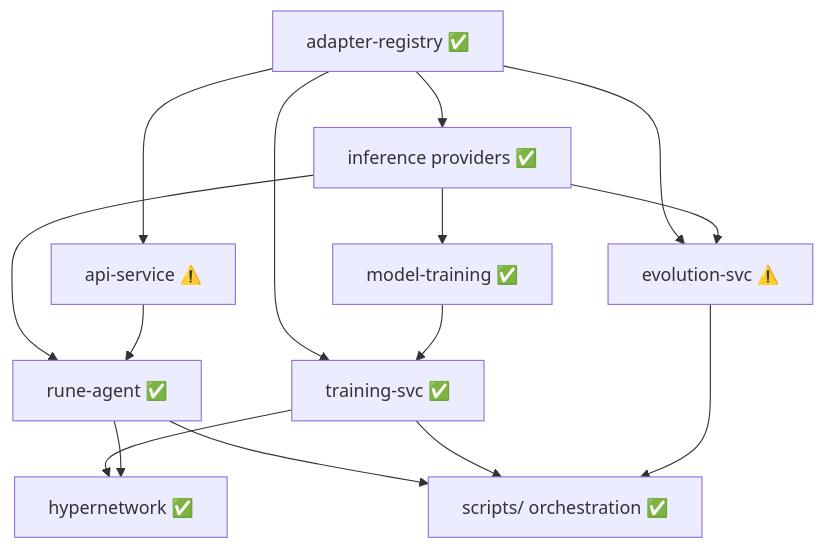
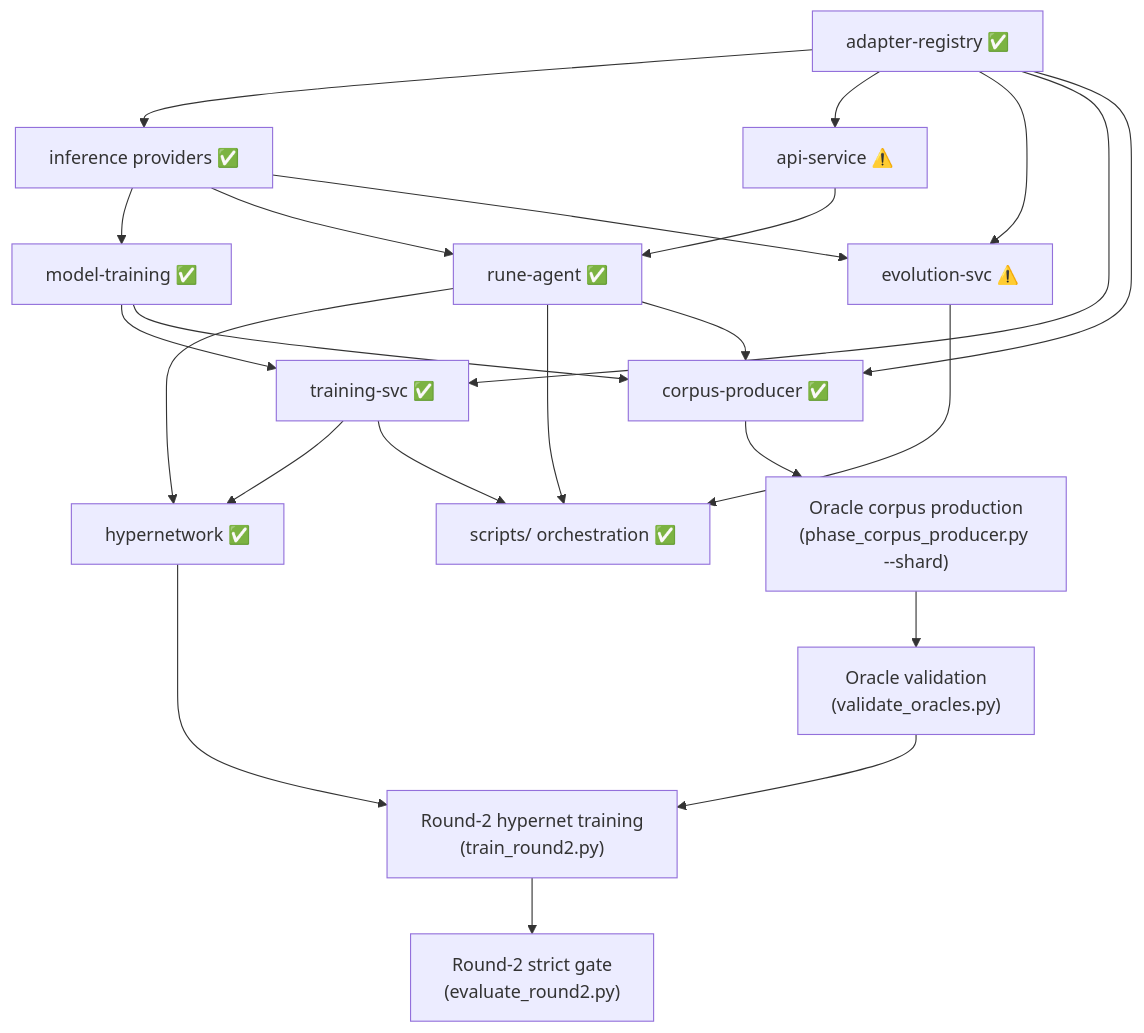
Before and after one commit to ElixirTrials/rune: the diagram in docs/appendices/build-order.md, drawn with Mermaid. The commit also changed other lines of this file and 24 other files, not shown here.

First line of the commit message:
docs: sync docs for PR #28 training upgrade + round-2 distillation

````diff
--- a/docs/appendices/build-order.md
+++ b/docs/appendices/build-order.md
@@ -19,17 +24,25 @@
 ```mermaid
 flowchart TD
     adapter_registry["adapter-registry ✅"] --> inference_providers["inference providers ✅"]
     adapter_registry --> api_service["api-service ⚠️"]
     inference_providers --> model_training["model-training ✅"]
     inference_providers --> rune_agent["rune-agent ✅"]
     api_service --> rune_agent
     adapter_registry --> evolution_svc["evolution-svc ⚠️"]
     inference_providers --> evolution_svc
     adapter_registry --> training_svc["training-svc ✅"]
     model_training --> training_svc
     training_svc --> hypernetwork["hypernetwork ✅"]
     rune_agent --> hypernetwork
     rune_agent --> scripts["scripts/ orchestration ✅"]
     training_svc --> scripts
     evolution_svc --> scripts
+    model_training --> corpus_producer["corpus-producer ✅"]
+    rune_agent --> corpus_producer
+    adapter_registry --> corpus_producer
+    corpus_producer --> oracle_production["Oracle corpus production<br/>(phase_corpus_producer.py --shard)"]
+    oracle_production --> oracle_validation["Oracle validation<br/>(validate_oracles.py)"]
+    oracle_validation --> round2_training["Round-2 hypernet training<br/>(train_round2.py)"]
+    hypernetwork --> round2_training
+    round2_training --> round2_gate["Round-2 strict gate<br/>(evaluate_round2.py)"]
 ```
````
